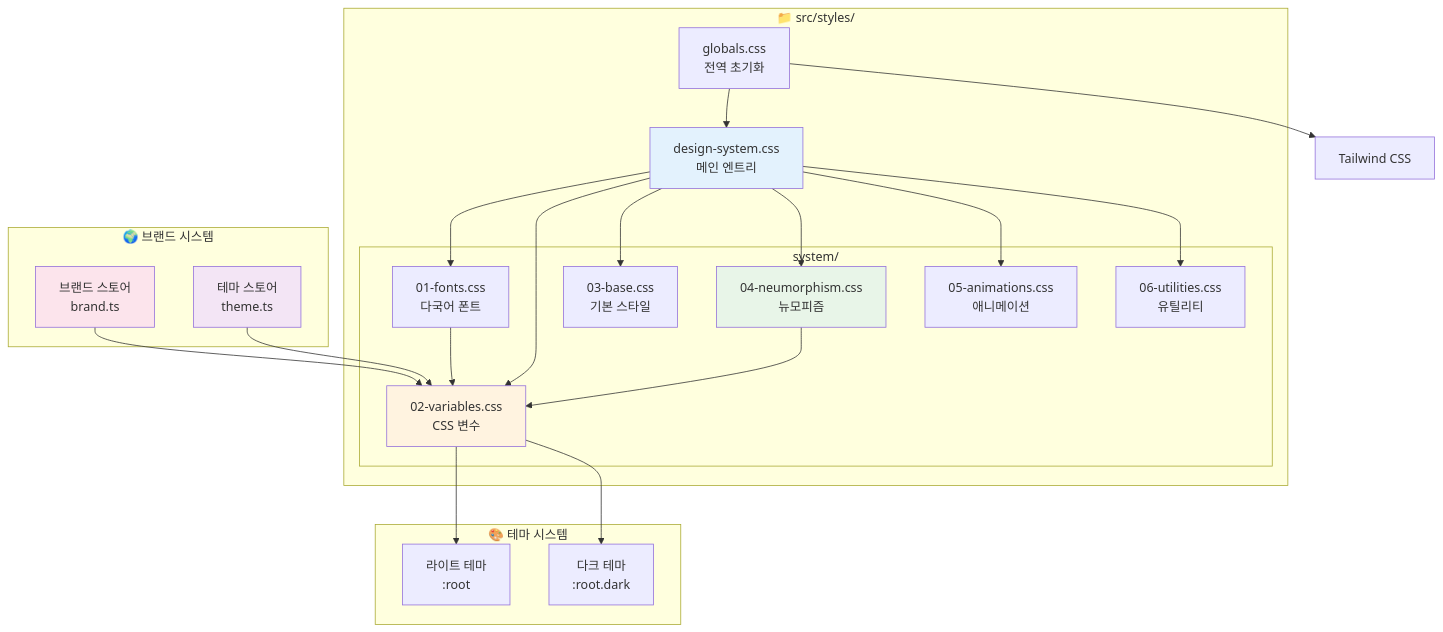
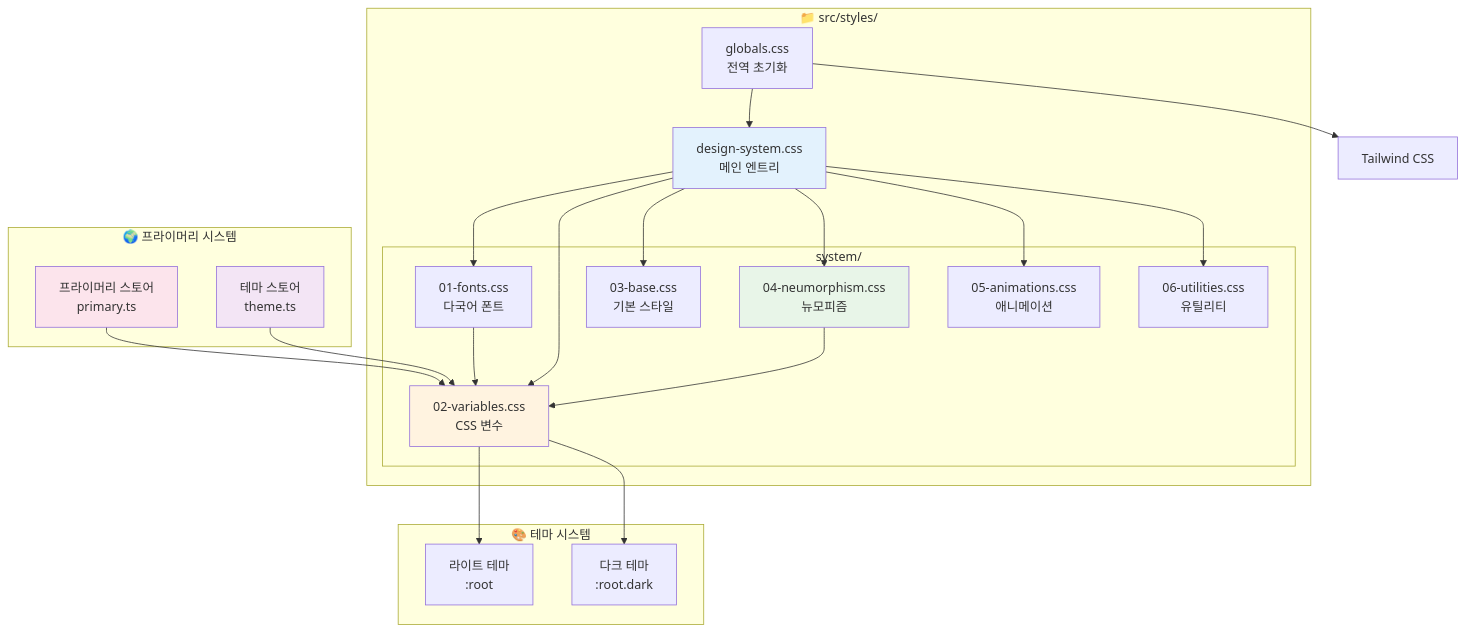
The first of 11 diagrams in src/styles/STYLE_GUIDE.md (webcodur/next-temp), drawn with Mermaid before and after one commit. The commit also changed other lines of this file and 79 other files, not shown here.

````diff
--- a/src/styles/STYLE_GUIDE.md
+++ b/src/styles/STYLE_GUIDE.md
@@ -19,51 +19,51 @@
 ```mermaid
 flowchart TD
     subgraph "📁 src/styles/"
         A[design-system.css<br/>메인 엔트리]
         B[globals.css<br/>전역 초기화]
         
         subgraph "system/"
             C[01-fonts.css<br/>다국어 폰트]
             D[02-variables.css<br/>CSS 변수]
             E[03-base.css<br/>기본 스타일]
             F[04-neumorphism.css<br/>뉴모피즘]
             G[05-animations.css<br/>애니메이션]
             H[06-utilities.css<br/>유틸리티]
         end
     end
     
     subgraph "🎨 테마 시스템"
         I[라이트 테마<br/>:root]
         J[다크 테마<br/>:root.dark]
     end
     
-    subgraph "🌍 브랜드 시스템"
-        K[브랜드 스토어<br/>brand.ts]
+    subgraph "🌍 프라이머리 시스템"
+        K[프라이머리 스토어<br/>primary.ts]
         L[테마 스토어<br/>theme.ts]
     end
     
     A --> C
     A --> D
     A --> E
     A --> F
     A --> G
     A --> H
     
     B --> A
     B --> TailwindCSS[Tailwind CSS]
     
     D --> I
     D --> J
     
     K --> D
     L --> D
     
     F --> D
     C --> D
     
     style A fill:#e3f2fd
     style D fill:#fff3e0
     style F fill:#e8f5e8
     style K fill:#fce4ec
     style L fill:#f3e5f5
 ```
````
